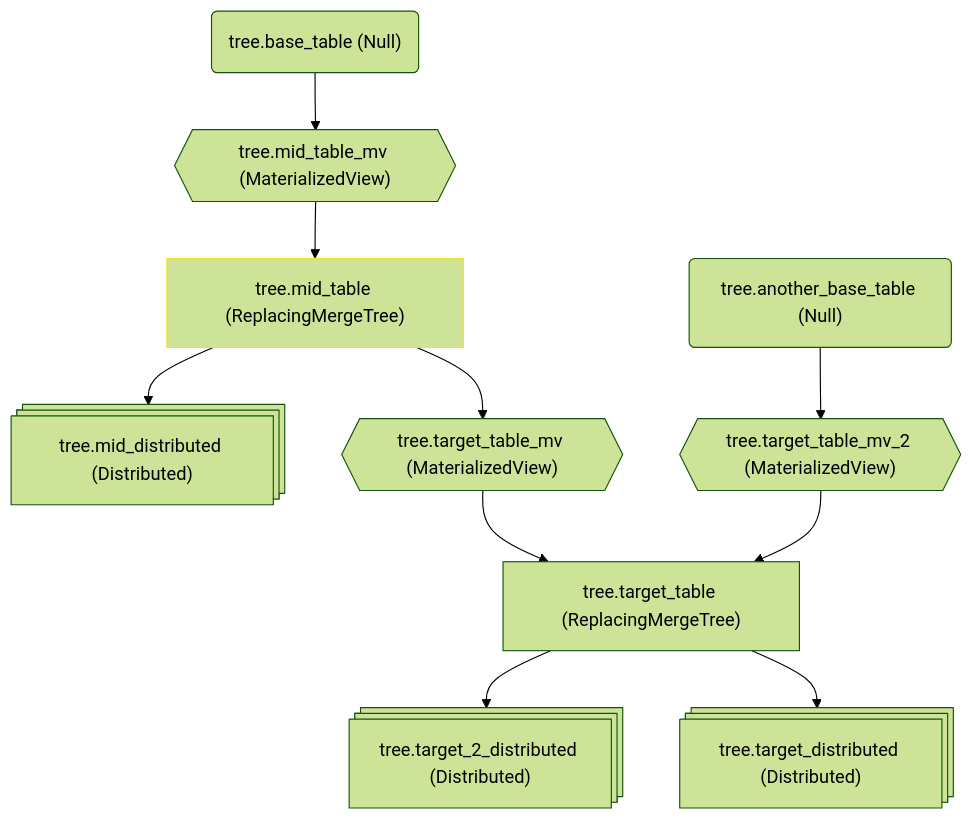
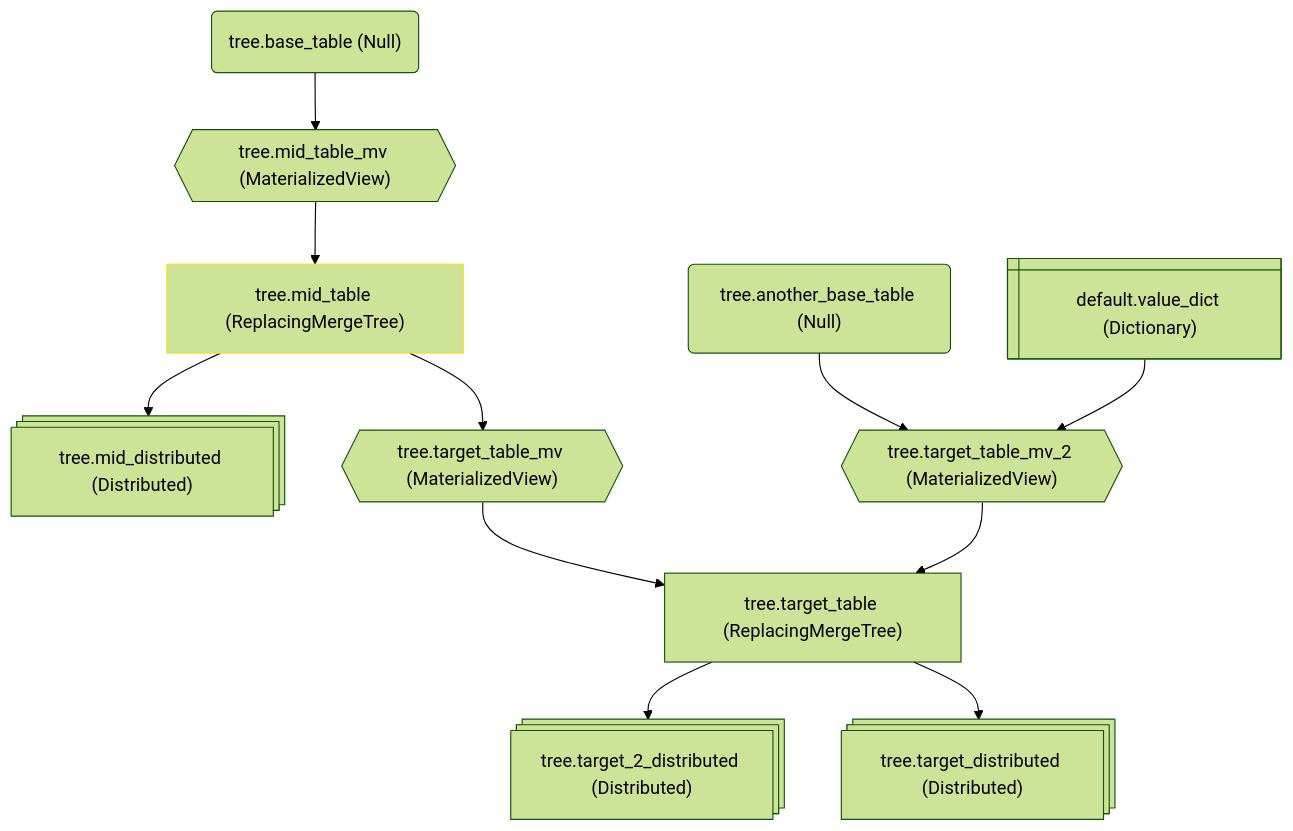
The first of 2 diagrams in README.md (mbaksheev/clickhouse-table-graph), drawn with Mermaid (forest theme) before and after one commit. The commit also changed other lines of this file and 7 other files, not shown here.

````diff
--- a/README.md
+++ b/README.md
@@ -24,13 +24,14 @@
 ```mermaid
 flowchart TB
 tree.mid_table@{ shape: rect, label: "tree.mid_table (ReplacingMergeTree)" } --> tree.mid_distributed@{ shape: st-rect, label: "tree.mid_distributed (Distributed)" }
 tree.mid_table@{ shape: rect, label: "tree.mid_table (ReplacingMergeTree)" } --> tree.target_table_mv@{ shape: hex, label: "tree.target_table_mv (MaterializedView)" }
 tree.mid_table_mv@{ shape: hex, label: "tree.mid_table_mv (MaterializedView)" } --> tree.mid_table@{ shape: rect, label: "tree.mid_table (ReplacingMergeTree)" }
 tree.base_table@{ shape: rounded, label: "tree.base_table (Null)" } --> tree.mid_table_mv@{ shape: hex, label: "tree.mid_table_mv (MaterializedView)" }
 tree.target_table_mv@{ shape: hex, label: "tree.target_table_mv (MaterializedView)" } --> tree.target_table@{ shape: rect, label: "tree.target_table (ReplacingMergeTree)" }
 tree.target_table@{ shape: rect, label: "tree.target_table (ReplacingMergeTree)" } --> tree.target_2_distributed@{ shape: st-rect, label: "tree.target_2_distributed (Distributed)" }
 tree.target_table@{ shape: rect, label: "tree.target_table (ReplacingMergeTree)" } --> tree.target_distributed@{ shape: st-rect, label: "tree.target_distributed (Distributed)" }
 tree.target_table_mv_2@{ shape: hex, label: "tree.target_table_mv_2 (MaterializedView)" } --> tree.target_table@{ shape: rect, label: "tree.target_table (ReplacingMergeTree)" }
 tree.another_base_table@{ shape: rounded, label: "tree.another_base_table (Null)" } --> tree.target_table_mv_2@{ shape: hex, label: "tree.target_table_mv_2 (MaterializedView)" }
+default.value_dict@{ shape:  win-pane, label: "default.value_dict (Dictionary)" } --> tree.target_table_mv_2@{ shape: hex, label: "tree.target_table_mv_2 (MaterializedView)" }
 style tree.mid_table stroke:#f4e022
 ```
````
